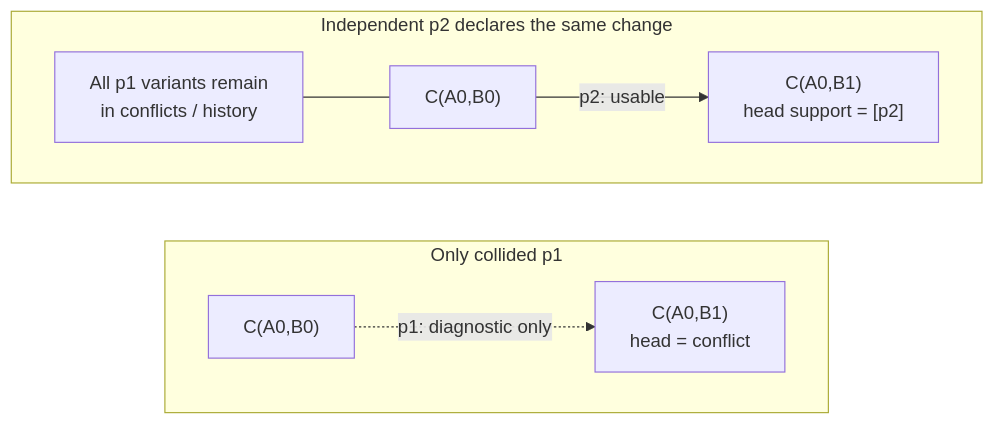
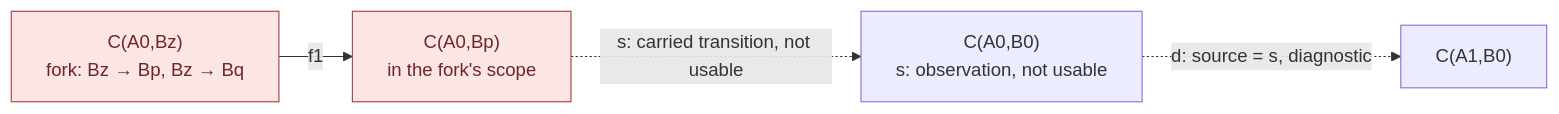
One commit to estoc-dev/estoc changed the tenth of 18 diagrams in packages/continuity/docs/guide.md. Above: the diagram before and after it, drawn with Mermaid. The commit also changed other lines of this file and 35 other files, not shown here.

````diff
--- a/packages/continuity/docs/guide.md
+++ b/packages/continuity/docs/guide.md
@@ -316,12 +328,8 @@
 ```mermaid
 flowchart LR
-    subgraph ONLY["Only collided p1"]
-        direction LR
-        A0["C(A0,B0)"] -. "p1: diagnostic only" .-> A1["C(A0,B1)<br/>head = conflict"]
-    end
-    subgraph INDEPENDENT["Independent p2 declares the same change"]
-        direction LR
-        B0["C(A0,B0)"] -->|"p2: usable"| B1["C(A0,B1)<br/>head support = [p2]"]
-        P["All p1 variants remain<br/>in conflicts / history"] --- B0
-    end
+    Z["C(A0,Bz)<br/>fork: Bz → Bp, Bz → Bq"] -->|"f1"| P["C(A0,Bp)<br/>in the fork's scope"]
+    P -. "s: carried transition, not usable" .-> C00["C(A0,B0)<br/>s: observation, not usable"]
+    C00 -. "d: source = s, diagnostic" .-> C10["C(A1,B0)"]
+    classDef conflict fill:#fbe5e5,stroke:#b04444,color:#702525
+    class Z,P conflict
 ```
````
